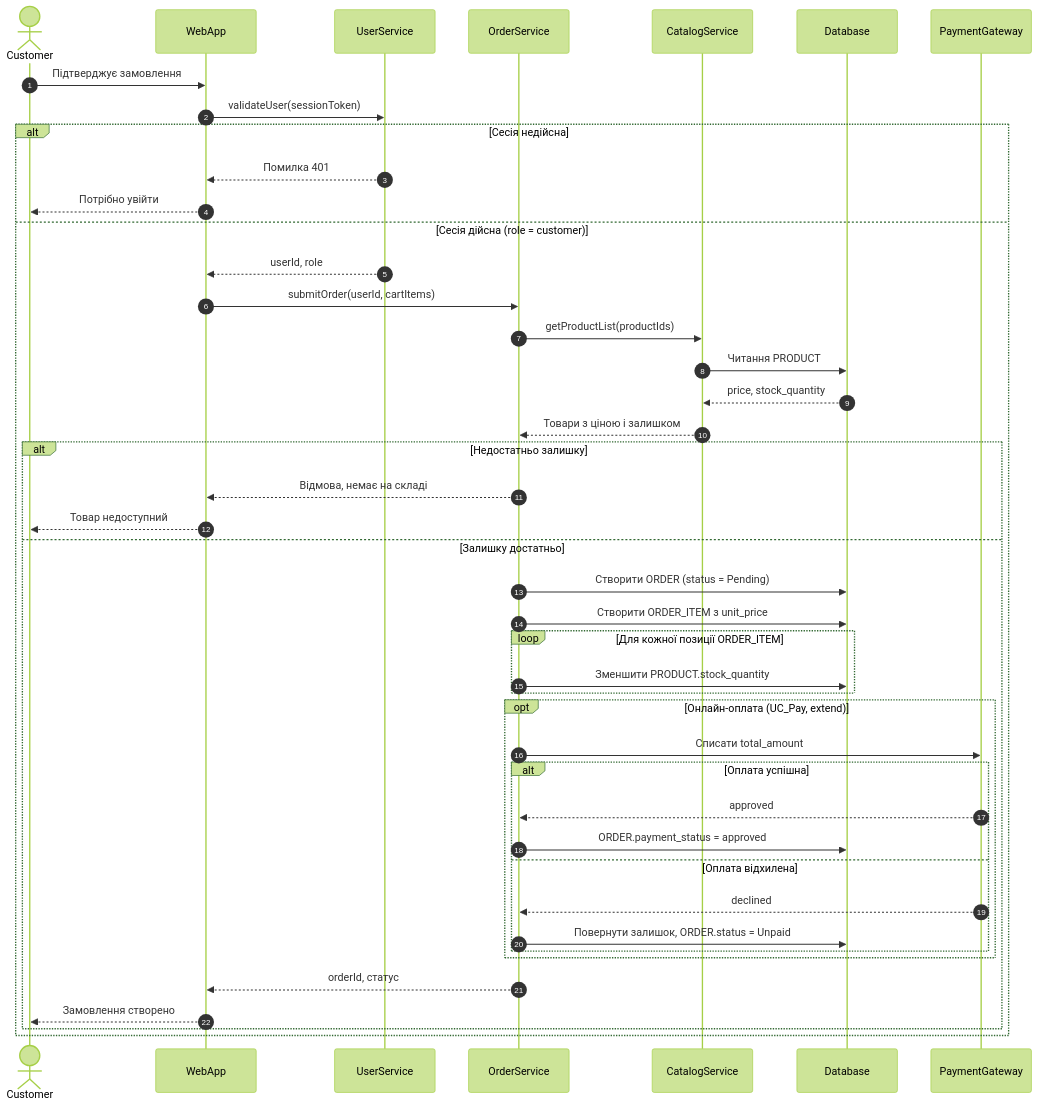
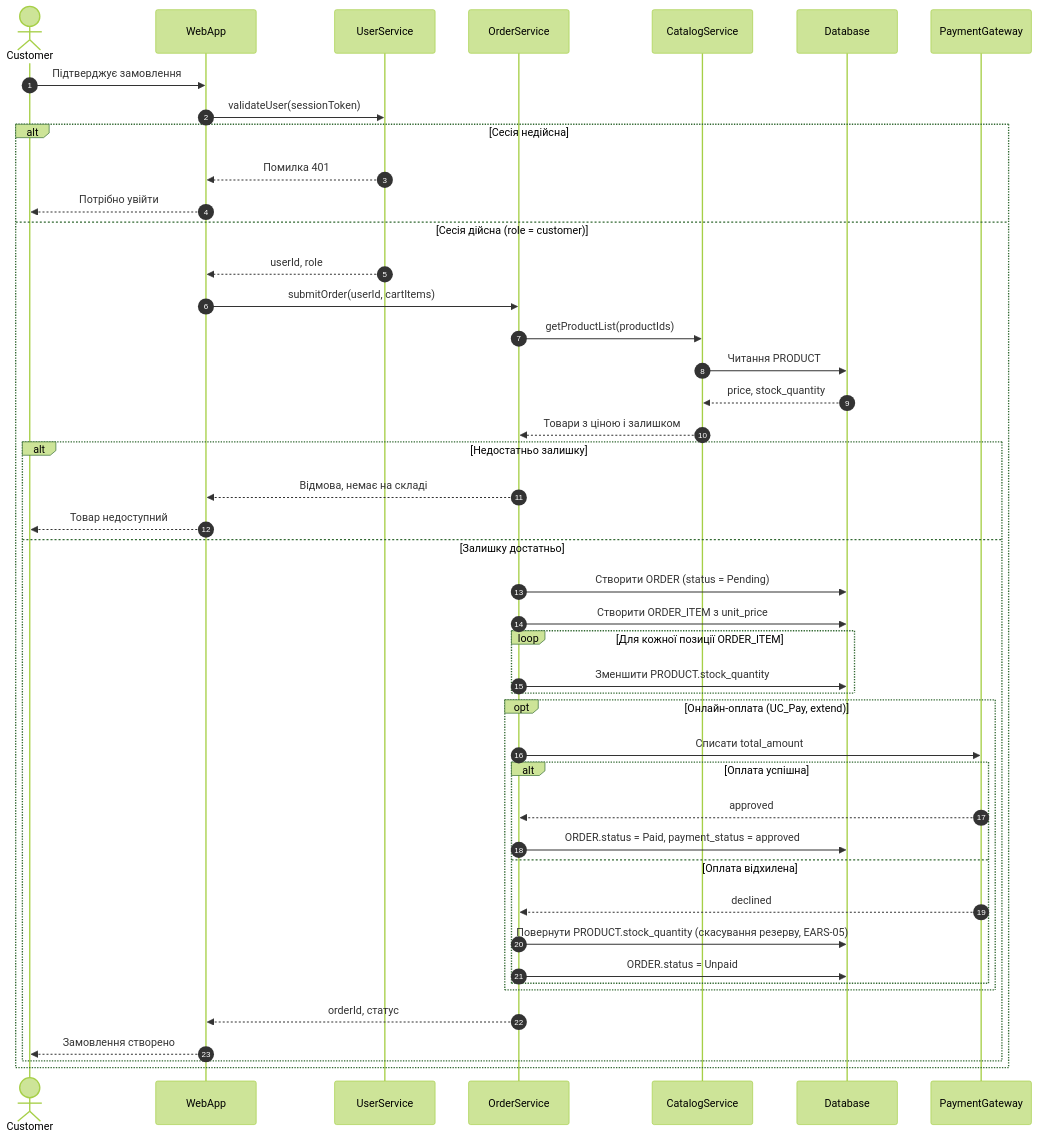
Before and after one commit to Stefect/Modeling-and-Analysis-of-Software-Requirements: the diagram in task-3/sequence.md, drawn with Mermaid (forest theme). The commit also changed 3 other files, not shown here.

Commit message:
Додав аудит sequence-діаграми та виправлення невідповідностей у специфікації оформлення замовлення

````diff
--- a/task-3/sequence.md
+++ b/task-3/sequence.md
@@ -5,47 +5,48 @@
 ```mermaid
 sequenceDiagram
     autonumber
     actor Customer
     participant WebApp
     participant UserService
     participant OrderService
     participant CatalogService
     participant Database
     participant PaymentGateway
 
     Customer->>WebApp: Підтверджує замовлення
     WebApp->>UserService: validateUser(sessionToken)
     alt Сесія недійсна
         UserService-->>WebApp: Помилка 401
         WebApp-->>Customer: Потрібно увійти
     else Сесія дійсна (role = customer)
         UserService-->>WebApp: userId, role
         WebApp->>OrderService: submitOrder(userId, cartItems)
         OrderService->>CatalogService: getProductList(productIds)
         CatalogService->>Database: Читання PRODUCT
         Database-->>CatalogService: price, stock_quantity
         CatalogService-->>OrderService: Товари з ціною і залишком
         alt Недостатньо залишку
             OrderService-->>WebApp: Відмова, немає на складі
             WebApp-->>Customer: Товар недоступний
         else Залишку достатньо
             OrderService->>Database: Створити ORDER (status = Pending)
             OrderService->>Database: Створити ORDER_ITEM з unit_price
             loop Для кожної позиції ORDER_ITEM
                 OrderService->>Database: Зменшити PRODUCT.stock_quantity
             end
             opt Онлайн-оплата (UC_Pay, extend)
                 OrderService->>PaymentGateway: Списати total_amount
                 alt Оплата успішна
                     PaymentGateway-->>OrderService: approved
-                    OrderService->>Database: ORDER.payment_status = approved
+                    OrderService->>Database: ORDER.status = Paid, payment_status = approved
                 else Оплата відхилена
                     PaymentGateway-->>OrderService: declined
-                    OrderService->>Database: Повернути залишок, ORDER.status = Unpaid
+                    OrderService->>Database: Повернути PRODUCT.stock_quantity (скасування резерву, EARS-05)
+                    OrderService->>Database: ORDER.status = Unpaid
                 end
             end
             OrderService-->>WebApp: orderId, статус
             WebApp-->>Customer: Замовлення створено
         end
     end
 ```
````
